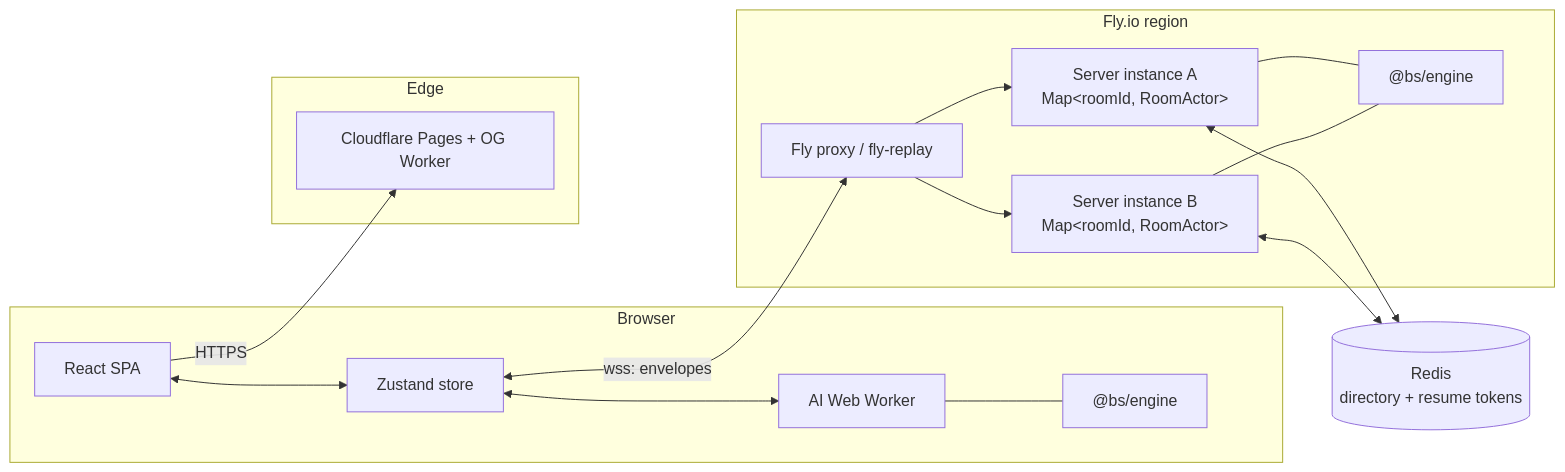
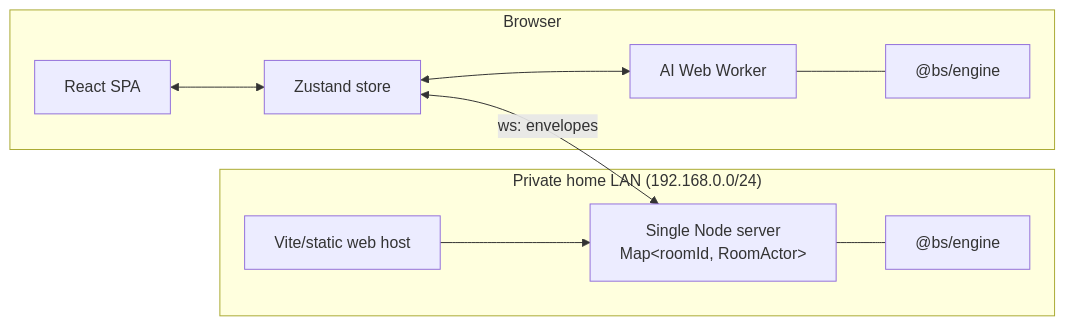
Before and after one commit to vvojtisek/battleships: the first of 3 diagrams in docs/architecture/02-system-architecture.md, drawn with Mermaid. The commit also changed other lines of this file and 6 other files, not shown here.

Commit message:
docs: align architecture with private lan deployment

````diff
--- a/docs/architecture/02-system-architecture.md
+++ b/docs/architecture/02-system-architecture.md
@@ -5,34 +5,22 @@
 ```mermaid
 flowchart LR
   subgraph Browser
     UI[React SPA]
     Z[Zustand store]
     W[AI Web Worker]
     ENG1["@bs/engine"]
     UI <--> Z
     Z <--> W
     W --- ENG1
   end
 
-  subgraph Edge
-    CDN[Cloudflare Pages + OG Worker]
+  subgraph "Private home LAN (192.168.0.0/24)"
+    WEB[Vite/static web host]
+    S1["Single Node server<br/>Map&lt;roomId, RoomActor&gt;"]
+    ENG2["@bs/engine"]
+    WEB --> S1
+    S1 --- ENG2
   end
 
-  subgraph "Fly.io region"
-    LB[Fly proxy / fly-replay]
-    S1["Server instance A<br/>Map&lt;roomId, RoomActor&gt;"]
-    S2["Server instance B<br/>Map&lt;roomId, RoomActor&gt;"]
-    ENG2["@bs/engine"]
-    S1 --- ENG2
-    S2 --- ENG2
-  end
-
-  R[(Redis<br/>directory + resume tokens)]
-
-  UI -->|HTTPS| CDN
-  Z <-->|wss: envelopes| LB
-  LB --> S1
-  LB --> S2
-  S1 <--> R
-  S2 <--> R
+  Z <-->|ws: envelopes| S1
 ```
````
